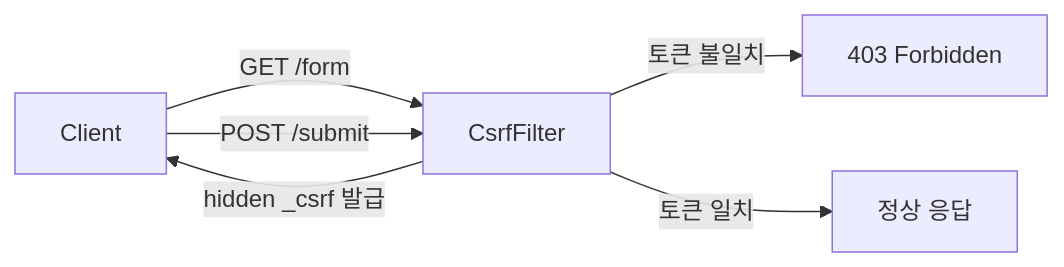
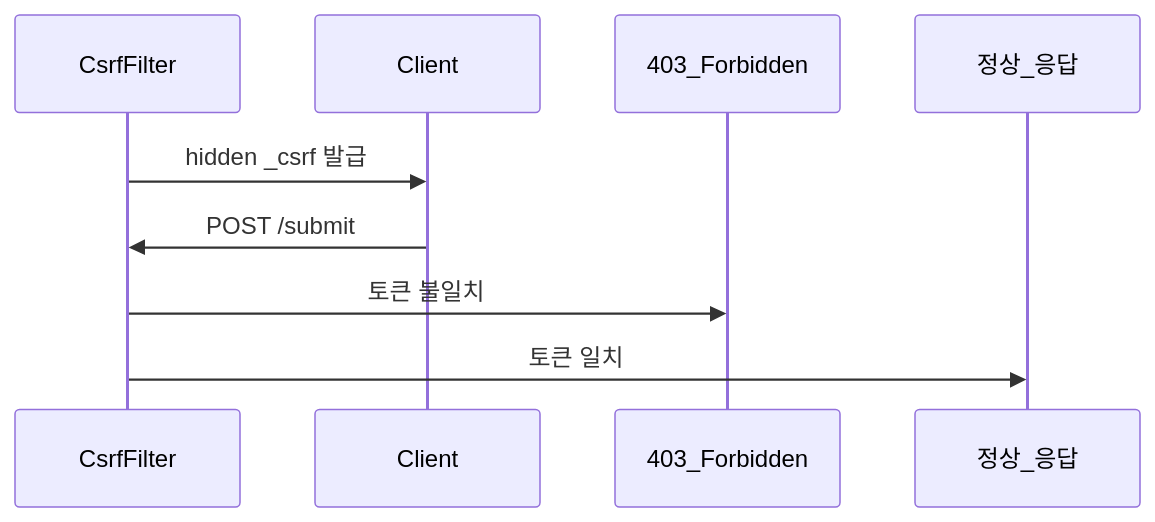
The fifth of 5 diagrams in _posts/spring/2026-05-01-spring-security-architecture.md (yjkim2015/yjkim2015.github.io), drawn with Mermaid before and after one commit. The commit also changed 89 other files, not shown here.

First line of the commit message:
복잡한 flowchart 163개 → sequenceDiagram 변환 (90파일)

````diff
--- a/_posts/spring/2026-05-01-spring-security-architecture.md
+++ b/_posts/spring/2026-05-01-spring-security-architecture.md
@@ -235,8 +235,7 @@
 ```mermaid
-graph LR
-    C["Client"] -->|GET /form| CF["CsrfFilter"]
-    CF -->|hidden _csrf 발급| C
-    C -->|POST /submit| CF
-    CF -->|토큰 불일치| F["403 Forbidden"]
-    CF -->|토큰 일치| OK["정상 응답"]
+sequenceDiagram
+    CsrfFilter->>Client: hidden _csrf 발급
+    Client->>CsrfFilter: POST /submit
+    CsrfFilter->>403_Forbidden: 토큰 불일치
+    CsrfFilter->>정상_응답: 토큰 일치
 ```
````
